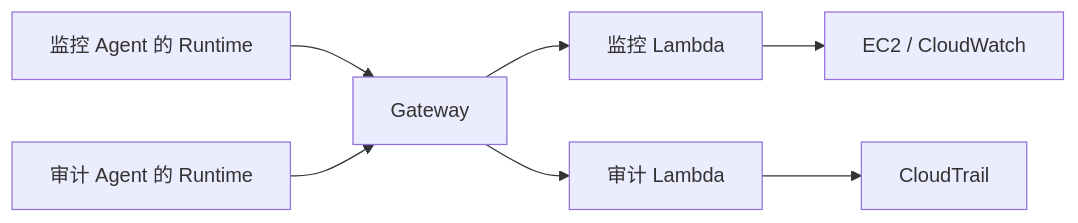
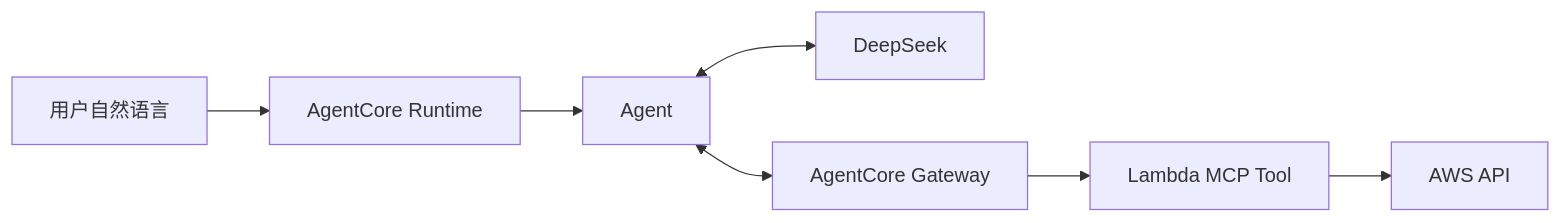
Before and after one commit to zjinsong/Learning-Agentcore: the diagram in 04-agents/README.md, drawn with Mermaid. The commit also changed other lines of this file and 17 other files, not shown here.

First line of the commit message:
Unify AgentCore learning guide and add Codex/Observability chapters

````diff
--- a/04-agents/README.md
+++ b/04-agents/README.md
@@ -11,9 +7,9 @@
-```mermaid
+~~~mermaid
 flowchart LR
-    M[监控 Agent 的 Runtime] --> G[Gateway]
-    A[审计 Agent 的 Runtime] --> G
-    G --> ML[监控 Lambda]
-    G --> AL[审计 Lambda]
-    ML --> EC[EC2 / CloudWatch]
-    AL --> CT[CloudTrail]
-```
+    U[用户自然语言] --> R[AgentCore Runtime]
+    R --> A[Agent]
+    A <--> M[DeepSeek]
+    A <--> G[AgentCore Gateway]
+    G --> T[Lambda MCP Tool]
+    T --> W[AWS API]
+~~~
````
